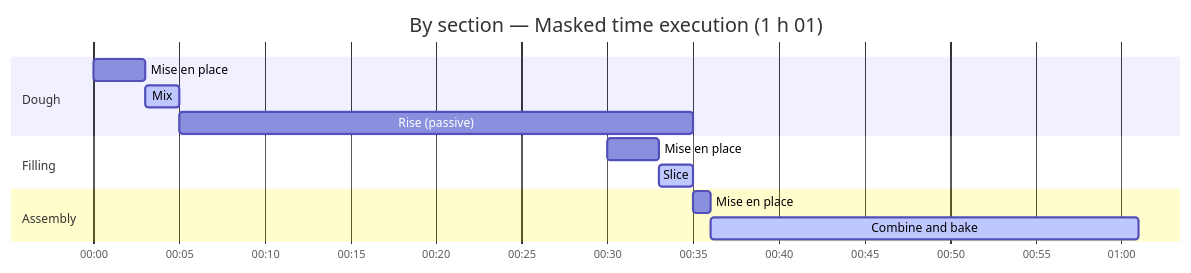
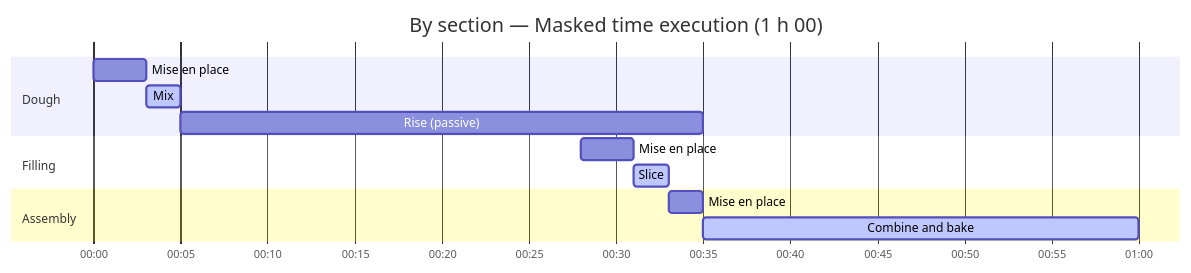
Before and after one commit to gram-lang/gram: the first of 2 diagrams in packages/docs/src/content/docs/docs/explanation/mise-en-place-and-planning.mdx, drawn with Mermaid. The commit also changed other lines of this file and 439 other files, not shown here.

First line of the commit message:
feat: replace the Gantt chart with the work plan (#88)

````diff
--- a/packages/docs/src/content/docs/docs/explanation/mise-en-place-and-planning.mdx
+++ b/packages/docs/src/content/docs/docs/explanation/mise-en-place-and-planning.mdx
@@ -55,17 +55,17 @@
 ```mermaid
 gantt
-    title By section — Masked time execution (1 h 01)
+    title By section — Masked time execution (1 h 00)
     dateFormat  HH:mm
     axisFormat %H:%M
     todayMarker off
     section Dough
     Mise en place                     : p1, 00:00, 3m
     Mix                               : active, a1, 00:03, 2m
     Rise (passive)                    : r1, 00:05, 30m
     section Filling
-    Mise en place                     : p2, 00:30, 3m
-    Slice                             : active, a2, 00:33, 2m
+    Mise en place                     : p2, 00:28, 3m
+    Slice                             : active, a2, 00:31, 2m
     section Assembly
-    Mise en place                     : p3, 00:35, 1m
-    Combine and bake                  : active, a3, 00:36, 25m
+    Mise en place                     : p3, 00:33, 2m
+    Combine and bake                  : active, a3, 00:35, 25m
 ```
````
